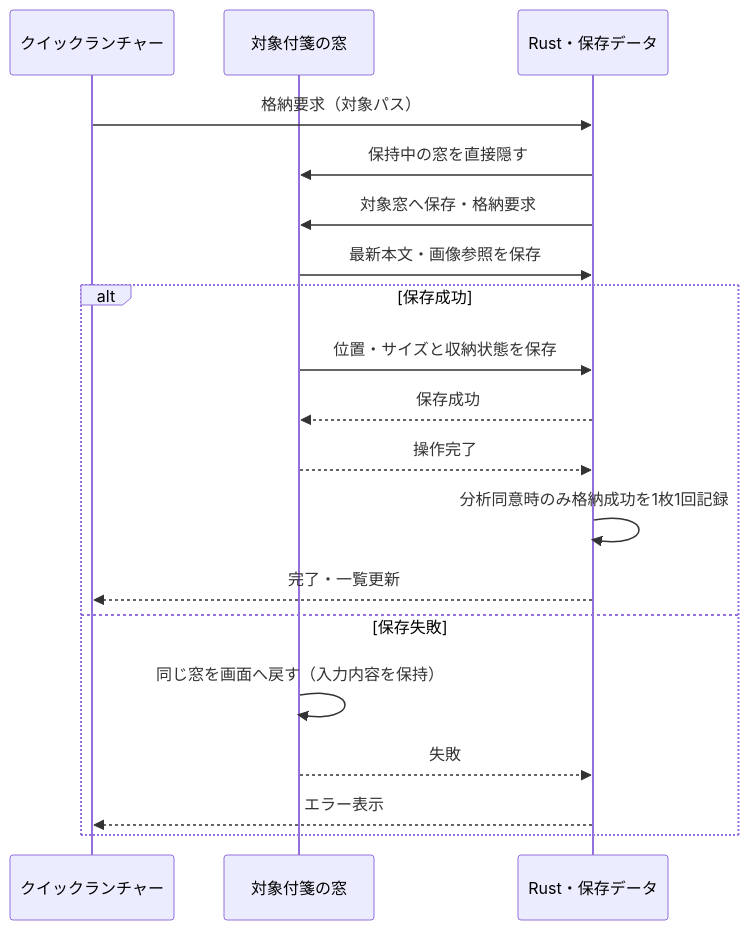
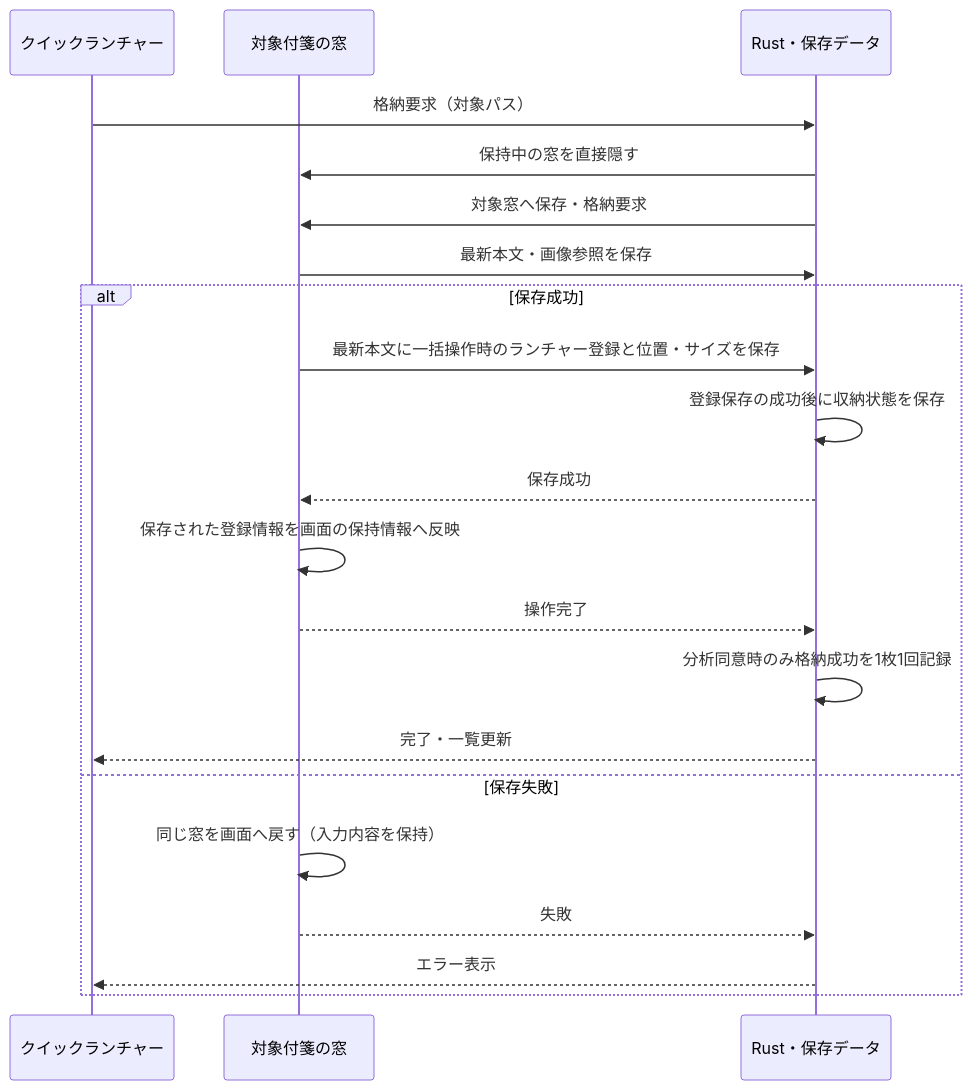
Diagram 18 of 22 in docs-v2/002_PC.md (ore-no-fusen/ore-no-fusen), drawn with Mermaid before and after one commit. The commit also changed other lines of this file and 7 other files, not shown here.

````diff
--- a/docs-v2/002_PC.md
+++ b/docs-v2/002_PC.md
@@ -1719,21 +1721,23 @@
 ```mermaid
 sequenceDiagram
     participant L as クイックランチャー
     participant N as 対象付箋の窓
     participant R as Rust・保存データ
     L->>R: 格納要求（対象パス）
     R->>N: 保持中の窓を直接隠す
     R->>N: 対象窓へ保存・格納要求
     N->>R: 最新本文・画像参照を保存
     alt 保存成功
-        N->>R: 位置・サイズと収納状態を保存
+        N->>R: 最新本文に一括操作時のランチャー登録と位置・サイズを保存
+        R->>R: 登録保存の成功後に収納状態を保存
         R-->>N: 保存成功
+        N->>N: 保存された登録情報を画面の保持情報へ反映
         N-->>R: 操作完了
         R->>R: 分析同意時のみ格納成功を1枚1回記録
         R-->>L: 完了・一覧更新
     else 保存失敗
         N->>N: 同じ窓を画面へ戻す（入力内容を保持）
         N-->>R: 失敗
         R-->>L: エラー表示
     end
 ```
````
